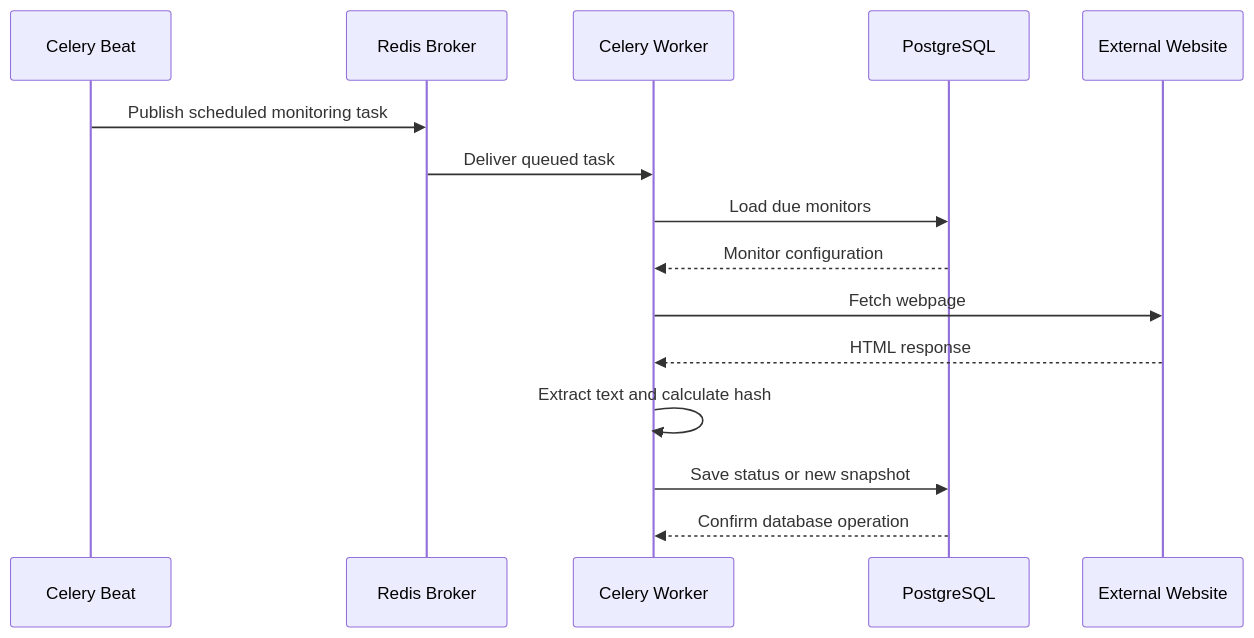
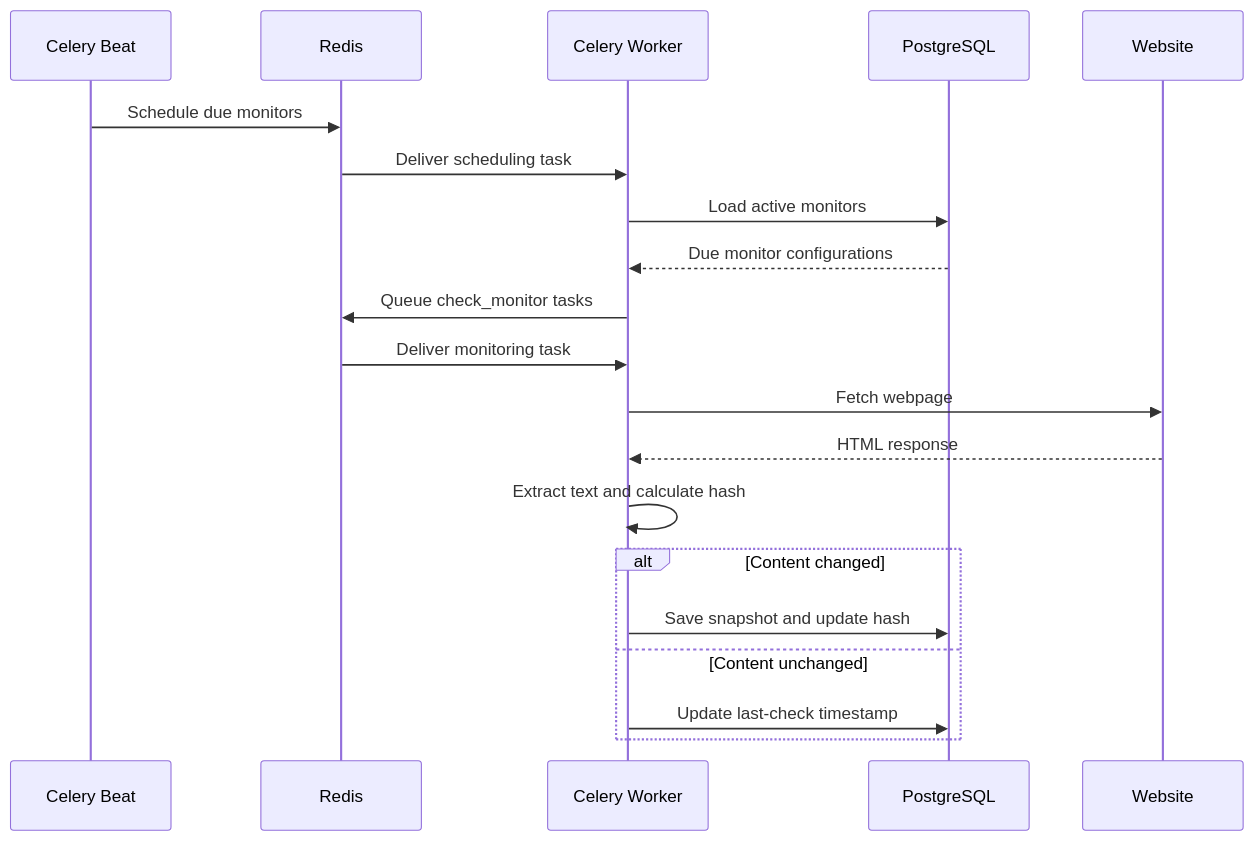
One commit to maZen04/trackly changed the fourth of 7 diagrams in README.md. Above: the diagram before and after it, drawn with Mermaid. The commit also changed other lines of this file, not shown here.

````diff
--- a/README.md
+++ b/README.md
@@ -155,18 +142,26 @@
 ```mermaid
 sequenceDiagram
     participant Beat as Celery Beat
-    participant Redis as Redis Broker
+    participant Redis
     participant Worker as Celery Worker
     participant DB as PostgreSQL
-    participant Site as External Website
+    participant Site as Website
 
-    Beat->>Redis: Publish scheduled monitoring task
-    Redis->>Worker: Deliver queued task
-    Worker->>DB: Load due monitors
-    DB-->>Worker: Monitor configuration
+    Beat->>Redis: Schedule due monitors
+    Redis->>Worker: Deliver scheduling task
+    Worker->>DB: Load active monitors
+    DB-->>Worker: Due monitor configurations
+
+    Worker->>Redis: Queue check_monitor tasks
+    Redis->>Worker: Deliver monitoring task
     Worker->>Site: Fetch webpage
     Site-->>Worker: HTML response
+
     Worker->>Worker: Extract text and calculate hash
-    Worker->>DB: Save status or new snapshot
-    DB-->>Worker: Confirm database operation
+
+    alt Content changed
+        Worker->>DB: Save snapshot and update hash
+    else Content unchanged
+        Worker->>DB: Update last-check timestamp
+    end
 ```
````
